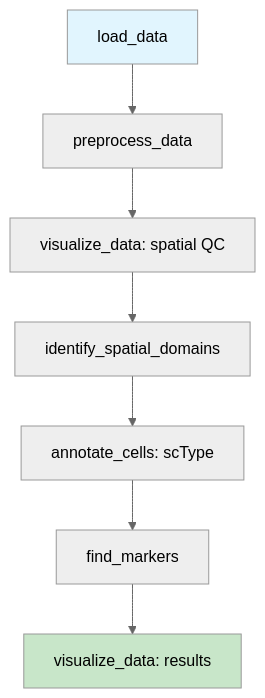
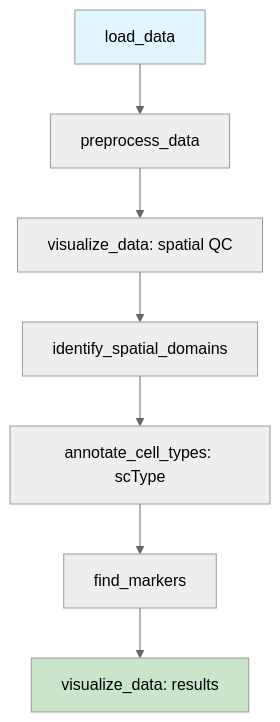
Before and after one commit to cafferychen777/ChatSpatial: the first of 7 diagrams in docs/reference/quick-reference/common-workflows.md, drawn with Mermaid (neutral theme). The commit also changed other lines of this file and 18 other files, not shown here.

````diff
--- a/docs/reference/quick-reference/common-workflows.md
+++ b/docs/reference/quick-reference/common-workflows.md
@@ -42,12 +42,12 @@
 ```mermaid
 graph TD
     A[load_data] --> B[preprocess_data]
     B --> C[visualize_data: spatial QC]
     C --> D[identify_spatial_domains]
-    D --> E[annotate_cells: scType]
+    D --> E[annotate_cell_types: scType]
     E --> F[find_markers]
     F --> G[visualize_data: results]
     
     style A fill:#e1f5fe
     style G fill:#c8e6c9
 ```
````
